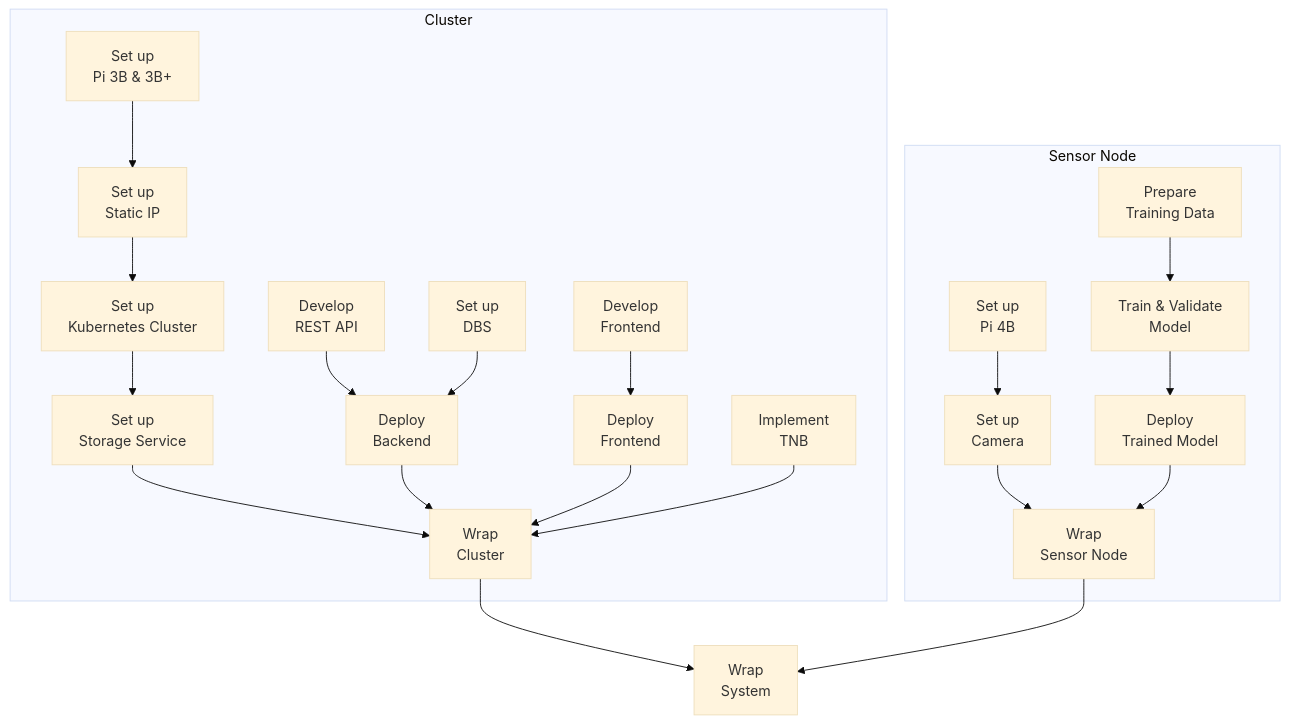
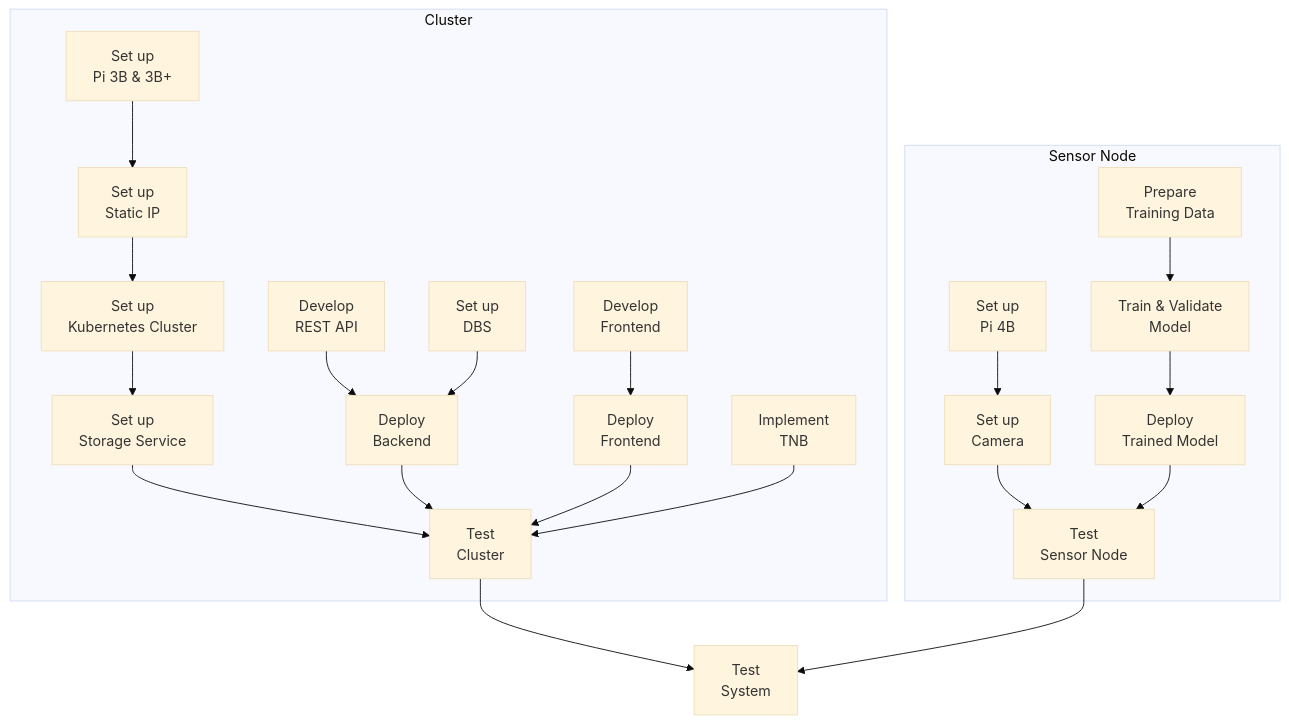
One commit to ccfrauasgr2/pet-detection changed the third of 3 diagrams in docs/Group_2_SS23_ProjectReport.md. Above: the diagram before and after it, drawn with Mermaid (base theme). The commit also changed other lines of this file and 1 other file, not shown here.

Commit message:
port and doc edit

````diff
--- a/docs/Group_2_SS23_ProjectReport.md
+++ b/docs/Group_2_SS23_ProjectReport.md
@@ -142,48 +142,48 @@
 ```mermaid
 flowchart TD
     
     subgraph Sensor Node
     id11[Set up\nPi 4B]
     id12[Set up\nCamera]
     id13[Prepare\nTraining Data]
     id14[Train & Validate\nModel]
     id15[Deploy\nTrained Model]
-    id16[Wrap\nSensor Node]
+    id16[Test\nSensor Node]
     
     id11 --> id12
     id13 --> id14 --> id15
     id12 & id15 --> id16
     end
         
     subgraph Cluster
     id21[Set up\nPi 3B & 3B+]
     id22[Set up\nStatic IP]
     id23[Set up\nKubernetes Cluster]
     id24[Set up\nStorage Service]
     id25[Develop\nREST API]
     id26[Deploy\nBackend]
     id27[Set up\nDBS]
     
 
     id21 --> id22 --> id23 --> id24
     id25 & id27 --> id26
         
     id31[Develop\nFrontend]
     id32[Deploy\nFrontend]
     id33[Implement\nTNB]
 
     id31 --> id32
 
-    id41[Wrap\nCluster]
+    id41[Test\nCluster]
     end
 
     
-    id51[Wrap\nSystem]
+    id51[Test\nSystem]
 
     id24  & id26 & id32 & id33 --> id41
     id41 & id16 --> id51
     
 
    
 
 ```
````
